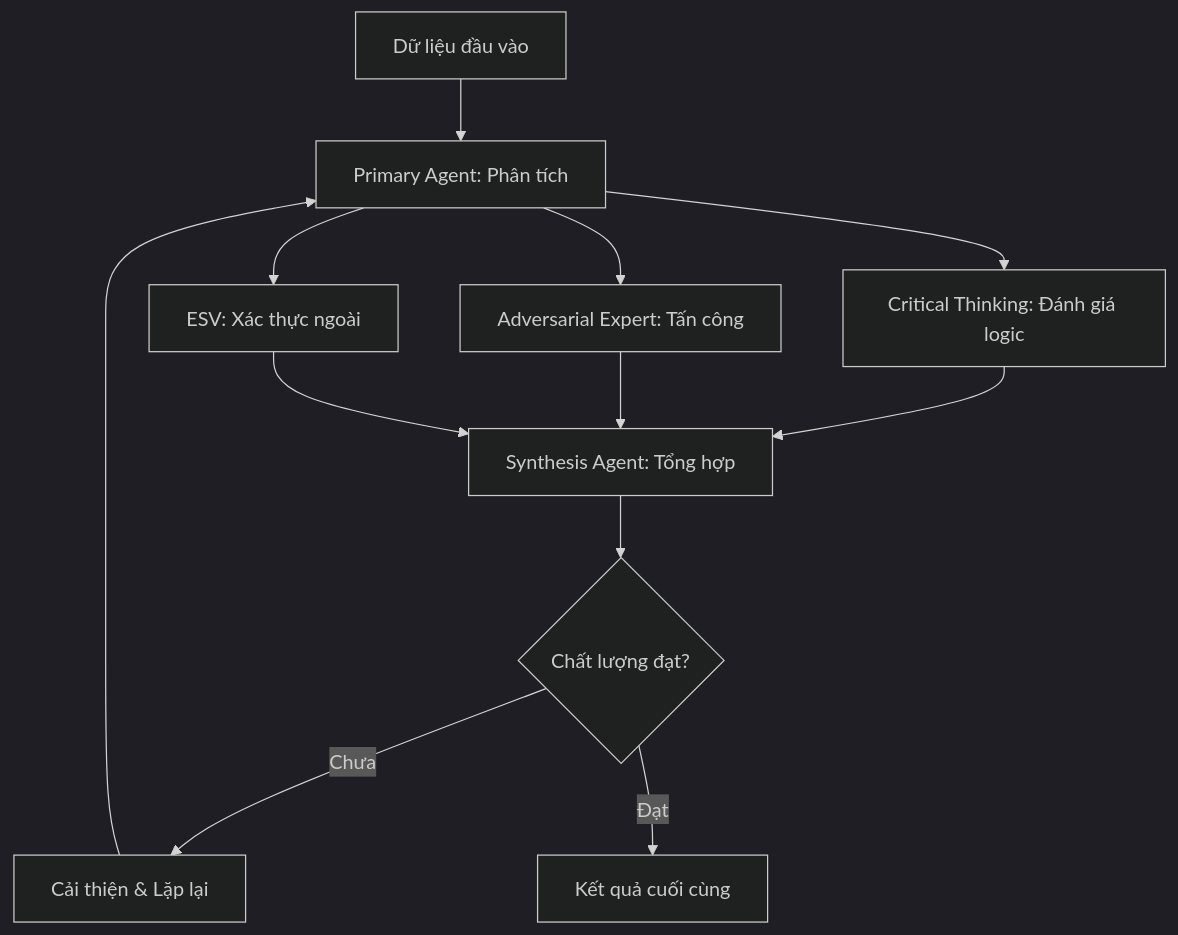
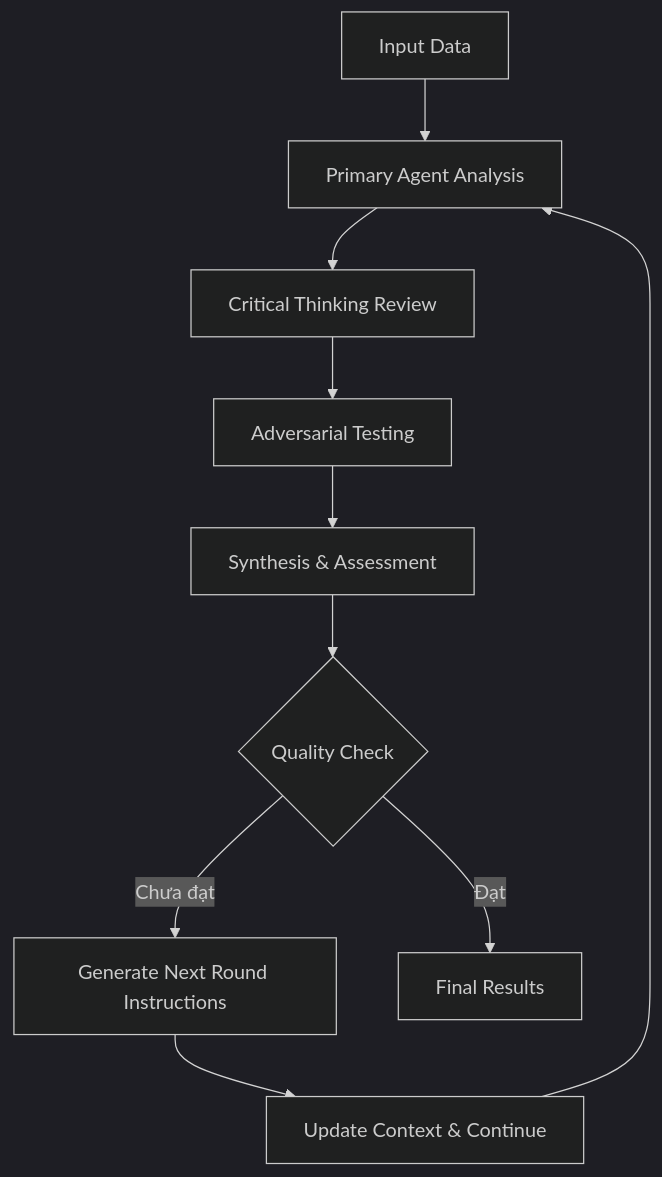
Before and after one commit to lethanhson9901/MCTS: the first of 8 diagrams in README.md, drawn with Mermaid (dark theme). The commit also changed other lines of this file and 13 other files, not shown here.

First line of the commit message:
🔧 Sửa warning scoring system và cải thiện README

````diff
--- a/README.md
+++ b/README.md
@@ -50,14 +144,12 @@
 ```mermaid
 graph TD
-    A[Dữ liệu đầu vào] --> B[Primary Agent: Phân tích]
-    B --> C[Critical Thinking: Đánh giá logic]
-    B --> D[Adversarial Expert: Tấn công]
-    B --> E[ESV: Xác thực ngoài]
-    C --> F[Synthesis Agent: Tổng hợp]
-    D --> F
-    E --> F
-    F --> G{Chất lượng đạt?}
-    G -->|Chưa| H[Cải thiện & Lặp lại]
-    G -->|Đạt| I[Kết quả cuối cùng]
-    H --> B
+    A[Input Data] --> B[Primary Agent Analysis]
+    B --> C[Critical Thinking Review]
+    C --> D[Adversarial Testing]
+    D --> E[Synthesis & Assessment]
+    E --> F{Quality Check}
+    F -->|Chưa đạt| G[Generate Next Round Instructions]
+    F -->|Đạt| H[Final Results]
+    G --> I[Update Context & Continue]
+    I --> B
 ```
````
